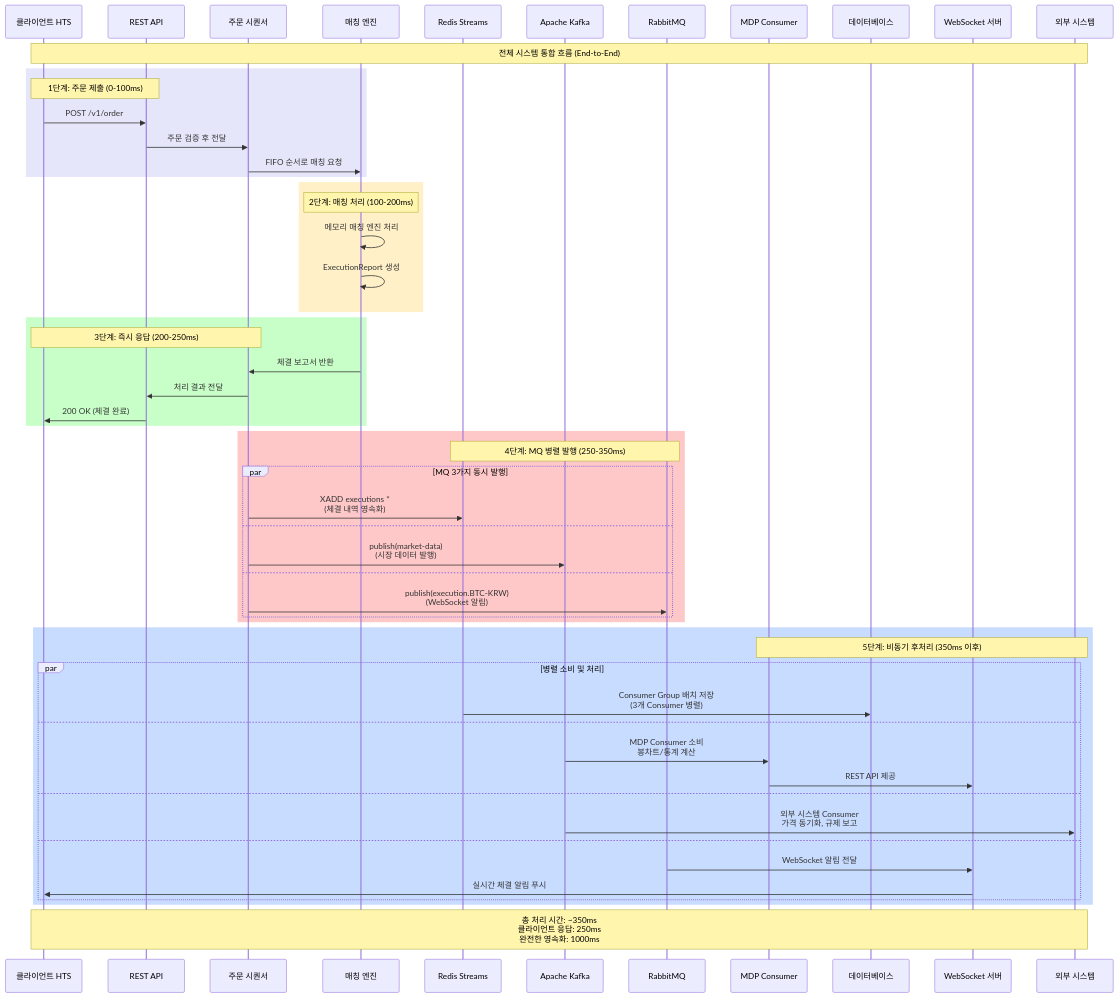
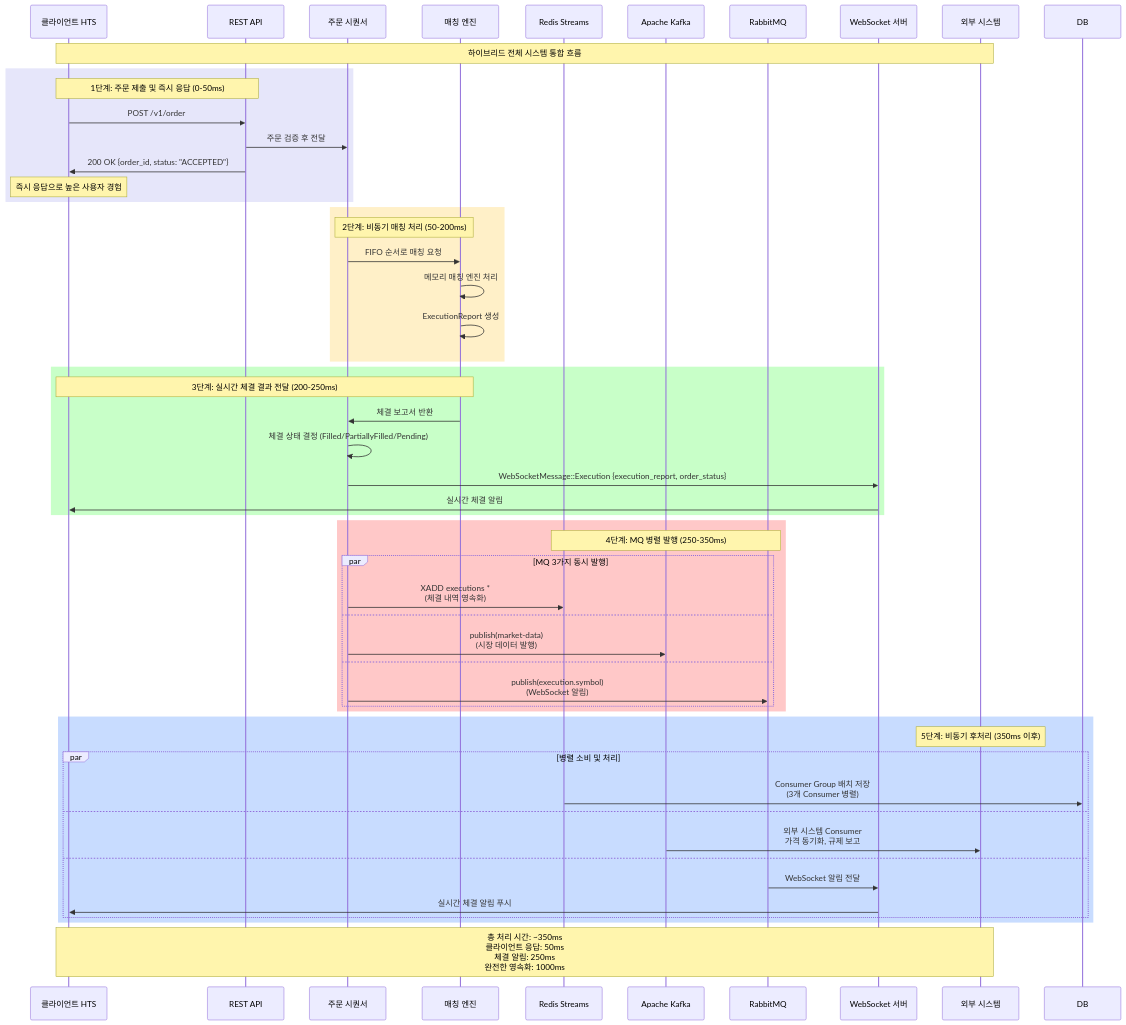
One commit to blockbit-hama/xTrader changed the ninth of 10 diagrams in docs/flow.md. Above: the diagram before and after it, drawn with Mermaid. The commit also changed other lines of this file and 6 other files, not shown here.

First line of the commit message:
feat: 하이브리드 주문 처리 방식 구현 및 WebSocket 알림 중복 제거

````diff
--- a/docs/flow.md
+++ b/docs/flow.md
@@ -509,69 +356,66 @@
 ```mermaid
 sequenceDiagram
     participant Client as 클라이언트 HTS
     participant API as REST API
     participant Sequencer as 주문 시퀀서
     participant Engine as 매칭 엔진
     participant Redis as Redis Streams
     participant Kafka as Apache Kafka
     participant RabbitMQ as RabbitMQ
-    participant MDP as MDP Consumer
-    participant DB as 데이터베이스
     participant WS as WebSocket 서버
     participant External as 외부 시스템
 
-    Note over Client,External: 전체 시스템 통합 흐름 (End-to-End)
+    Note over Client,External: 하이브리드 전체 시스템 통합 흐름
 
     rect rgb(230, 230, 250)
-        Note over Client,API: 1단계: 주문 제출 (0-100ms)
+        Note over Client,API: 1단계: 주문 제출 및 즉시 응답 (0-50ms)
         Client->>API: POST /v1/order
         API->>Sequencer: 주문 검증 후 전달
-        Sequencer->>Engine: FIFO 순서로 매칭 요청
+        API->>Client: 200 OK {order_id, status: "ACCEPTED"}
+        Note over Client: 즉시 응답으로 높은 사용자 경험
     end
 
     rect rgb(255, 240, 200)
-        Note over Engine: 2단계: 매칭 처리 (100-200ms)
+        Note over Sequencer,Engine: 2단계: 비동기 매칭 처리 (50-200ms)
+        Sequencer->>Engine: FIFO 순서로 매칭 요청
         Engine->>Engine: 메모리 매칭 엔진 처리
         Engine->>Engine: ExecutionReport 생성
     end
 
     rect rgb(200, 255, 200)
-        Note over Sequencer,Client: 3단계: 즉시 응답 (200-250ms)
+        Note over Engine,Client: 3단계: 실시간 체결 결과 전달 (200-250ms)
         Engine->>Sequencer: 체결 보고서 반환
-        Sequencer->>API: 처리 결과 전달
-        API->>Client: 200 OK (체결 완료)
+        Sequencer->>Sequencer: 체결 상태 결정 (Filled/PartiallyFilled/Pending)
+        Sequencer->>WS: WebSocketMessage::Execution {execution_report, order_status}
+        WS->>Client: 실시간 체결 알림
     end
 
     rect rgb(255, 200, 200)
         Note over Redis,RabbitMQ: 4단계: MQ 병렬 발행 (250-350ms)
 
         par MQ 3가지 동시 발행
             Sequencer->>Redis: XADD executions *<br/>(체결 내역 영속화)
         and
             Sequencer->>Kafka: publish(market-data)<br/>(시장 데이터 발행)
         and
-            Sequencer->>RabbitMQ: publish(execution.BTC-KRW)<br/>(WebSocket 알림)
+            Sequencer->>RabbitMQ: publish(execution.symbol)<br/>(WebSocket 알림)
         end
     end
 
     rect rgb(200, 220, 255)
-        Note over MDP,External: 5단계: 비동기 후처리 (350ms 이후)
+        Note over External: 5단계: 비동기 후처리 (350ms 이후)
 
         par 병렬 소비 및 처리
             Redis->>DB: Consumer Group 배치 저장<br/>(3개 Consumer 병렬)
-
-        and
-            Kafka->>MDP: MDP Consumer 소비<br/>봉차트/통계 계산
-            MDP->>WS: REST API 제공
 
         and
             Kafka->>External: 외부 시스템 Consumer<br/>가격 동기화, 규제 보고
 
         and
             RabbitMQ->>WS: WebSocket 알림 전달
             WS->>Client: 실시간 체결 알림 푸시
         end
     end
 
-    Note over Client,External: 총 처리 시간: ~350ms<br/>클라이언트 응답: 250ms<br/>완전한 영속화: 1000ms
+    Note over Client,External: 총 처리 시간: ~350ms<br/>클라이언트 응답: 50ms<br/>체결 알림: 250ms<br/>완전한 영속화: 1000ms
 ```
````
